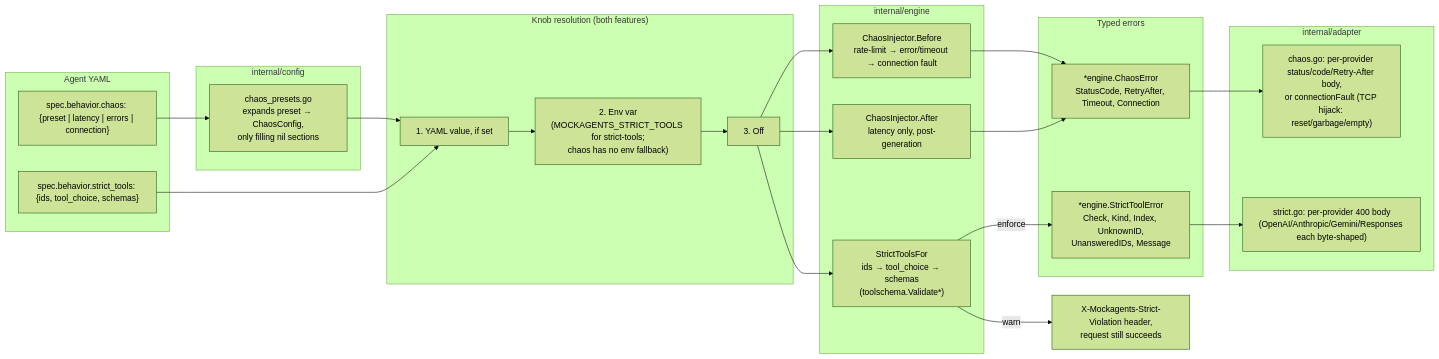
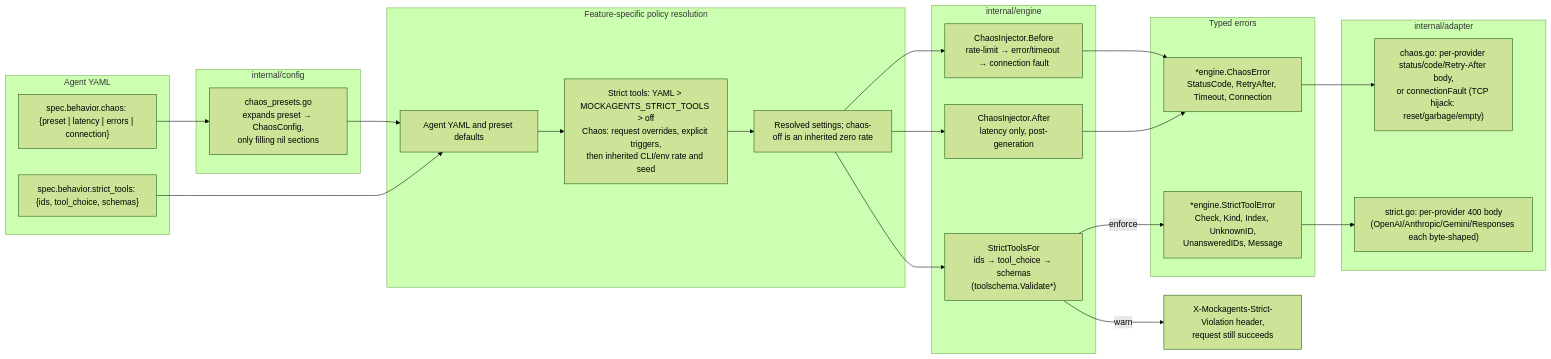
One commit to mockagents/mockagents changed the sixth of 7 diagrams in ARCHITECTURE.md. Above: the diagram before and after it, drawn with Mermaid (forest theme). The commit also changed other lines of this file and 37 other files, not shown here.

````diff
--- a/ARCHITECTURE.md
+++ b/ARCHITECTURE.md
@@ -516,39 +522,39 @@
 ```mermaid
 flowchart LR
     subgraph yaml["Agent YAML"]
         C1["spec.behavior.chaos: {preset | latency | errors | connection}"]
         C2["spec.behavior.strict_tools: {ids, tool_choice, schemas}"]
     end
     subgraph cfgload["internal/config"]
         PRESET["chaos_presets.go<br/>expands preset → ChaosConfig,<br/>only filling nil sections"]
     end
-    subgraph resolve["Knob resolution (both features)"]
-        R1["1. YAML value, if set"]
-        R2["2. Env var<br/>(MOCKAGENTS_STRICT_TOOLS for strict-tools;<br/>chaos has no env fallback)"]
-        R3["3. Off"]
+    subgraph resolve["Feature-specific policy resolution"]
+        R1["Agent YAML and preset defaults"]
+        R2["Strict tools: YAML > MOCKAGENTS_STRICT_TOOLS > off<br/>Chaos: request overrides, explicit triggers,<br/>then inherited CLI/env rate and seed"]
+        R3["Resolved settings; chaos-off is an inherited zero rate"]
     end
     subgraph engineg["internal/engine"]
         CB["ChaosInjector.Before<br/>rate-limit → error/timeout → connection fault"]
         CA["ChaosInjector.After<br/>latency only, post-generation"]
         ST["StrictToolsFor<br/>ids → tool_choice → schemas<br/>(toolschema.Validate*)"]
     end
     subgraph typed["Typed errors"]
         CE["*engine.ChaosError<br/>StatusCode, RetryAfter, Timeout, Connection"]
         SE["*engine.StrictToolError<br/>Check, Kind, Index, UnknownID,<br/>UnansweredIDs, Message"]
     end
     subgraph wire["internal/adapter"]
         AC["chaos.go: per-provider status/code/Retry-After body,<br/>or connectionFault (TCP hijack: reset/garbage/empty)"]
         AS["strict.go: per-provider 400 body<br/>(OpenAI/Anthropic/Gemini/Responses each byte-shaped)"]
     end
 
     C1 --> PRESET --> R1
     C2 --> R1
     R1 --> R2 --> R3
     R3 --> CB & CA & ST
     CB --> CE
     CA --> CE
     ST -->|enforce| SE
     ST -->|warn| WARN["X-Mockagents-Strict-Violation header,<br/>request still succeeds"]
     CE --> AC
     SE --> AS
 ```
````
